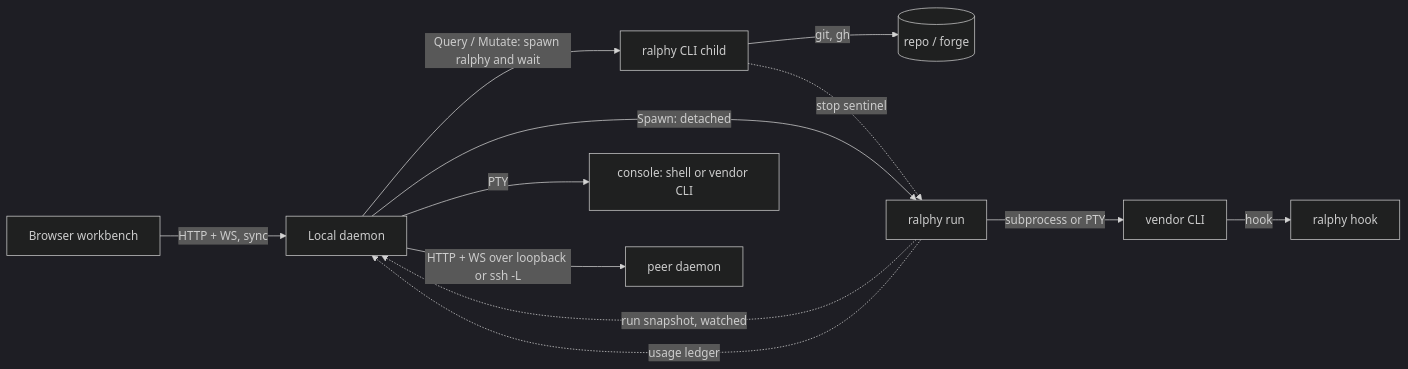
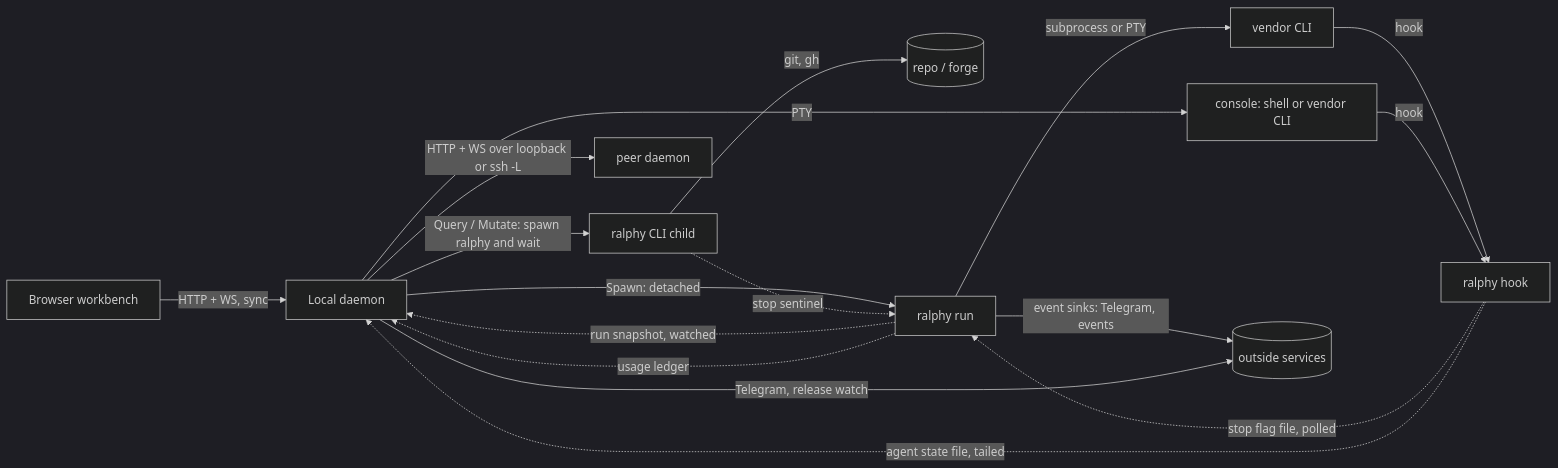
The diagram in docs/ARCHITECTURE.md (paulocorcino/ralphy), drawn with Mermaid (dark theme) before and after one commit. The commit also changed other lines of this file and 25 other files, not shown here.

````diff
--- a/docs/ARCHITECTURE.md
+++ b/docs/ARCHITECTURE.md
@@ -67,14 +67,19 @@
 ```mermaid
 flowchart LR
   B[Browser workbench] -- "HTTP + WS, sync" --> D[Local daemon]
   D -- "Query / Mutate: spawn ralphy and wait" --> C[ralphy CLI child]
   C -- "git, gh" --> G[(repo / forge)]
   D -- "Spawn: detached" --> R[ralphy run]
   R -- "subprocess or PTY" --> V[vendor CLI]
   V -- "hook" --> H[ralphy hook]
+  H -. "stop flag file, polled" .-> R
   R -. "run snapshot, watched" .-> D
   C -. "stop sentinel" .-> R
   R -. "usage ledger" .-> D
   D -- "PTY" --> P[console: shell or vendor CLI]
+  P -- "hook" --> H
+  H -. "agent state file, tailed" .-> D
   D -- "HTTP + WS over loopback or ssh -L" --> Q[peer daemon]
+  R -- "event sinks: Telegram, events" --> X[(outside services)]
+  D -- "Telegram, release watch" --> X
 ```
````
